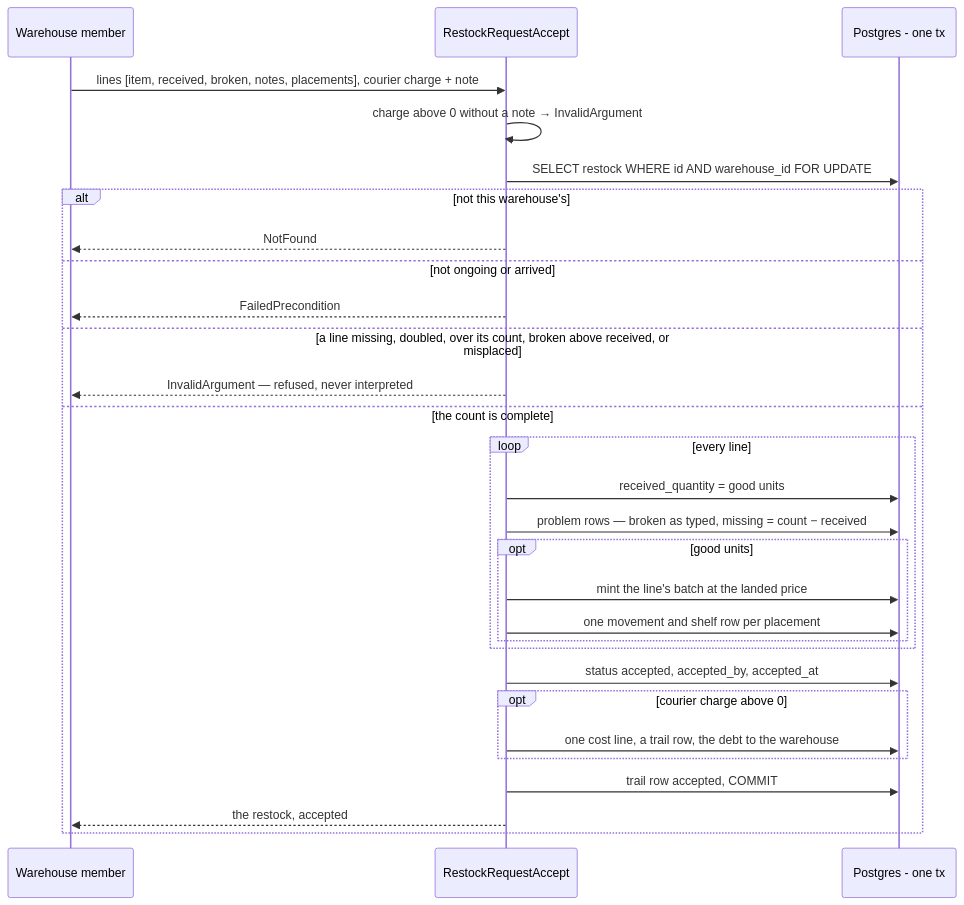
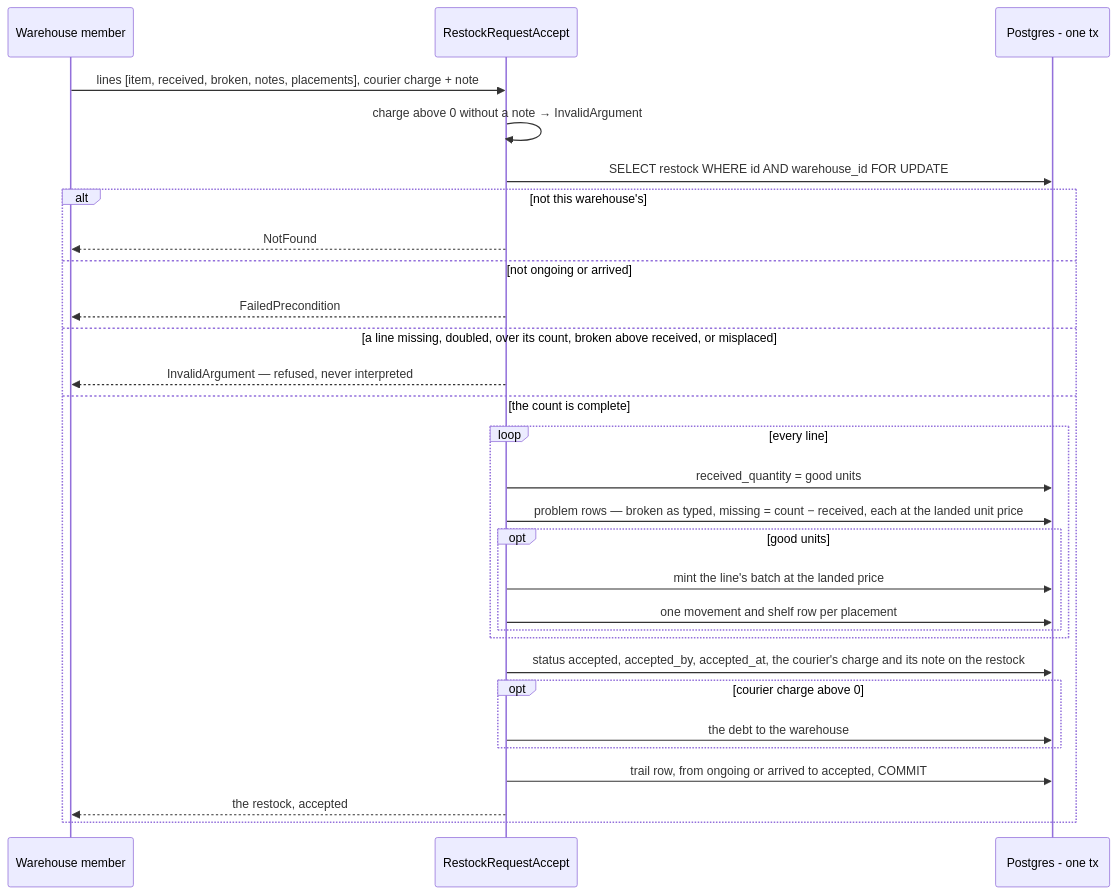
The third of 18 diagrams in docs/services/inventory_service/rpc.md (pdcgo/warehouse_revamp), drawn with Mermaid before and after one commit. The commit also changed other lines of this file and 33 other files, not shown here.

````diff
--- a/docs/services/inventory_service/rpc.md
+++ b/docs/services/inventory_service/rpc.md
@@ -105,32 +106,32 @@
 ```mermaid
 sequenceDiagram
     participant W as Warehouse member
     participant H as RestockRequestAccept
     participant DB as Postgres - one tx
 
     W->>H: lines [item, received, broken, notes, placements], courier charge + note
     H->>H: charge above 0 without a note → InvalidArgument
     H->>DB: SELECT restock WHERE id AND warehouse_id FOR UPDATE
     alt not this warehouse's
         H-->>W: NotFound
     else not ongoing or arrived
         H-->>W: FailedPrecondition
     else a line missing, doubled, over its count, broken above received, or misplaced
         H-->>W: InvalidArgument — refused, never interpreted
     else the count is complete
         loop every line
             H->>DB: received_quantity = good units
-            H->>DB: problem rows — broken as typed, missing = count − received
+            H->>DB: problem rows — broken as typed, missing = count − received, each at the landed unit price
             opt good units
                 H->>DB: mint the line's batch at the landed price
                 H->>DB: one movement and shelf row per placement
             end
         end
-        H->>DB: status accepted, accepted_by, accepted_at
+        H->>DB: status accepted, accepted_by, accepted_at, the courier's charge and its note on the restock
         opt courier charge above 0
-            H->>DB: one cost line, a trail row, the debt to the warehouse
+            H->>DB: the debt to the warehouse
         end
-        H->>DB: trail row accepted, COMMIT
+        H->>DB: trail row, from ongoing or arrived to accepted, COMMIT
         H-->>W: the restock, accepted
     end
 ```
````
